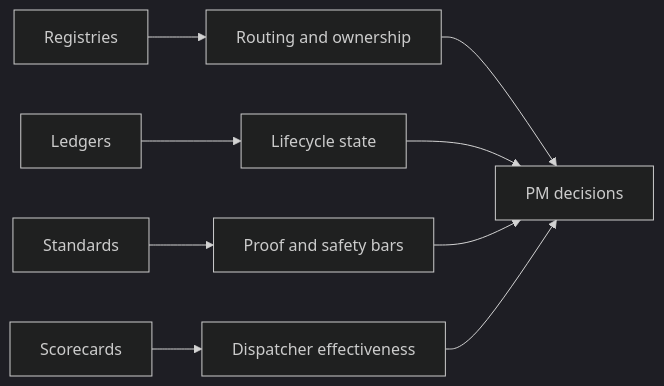
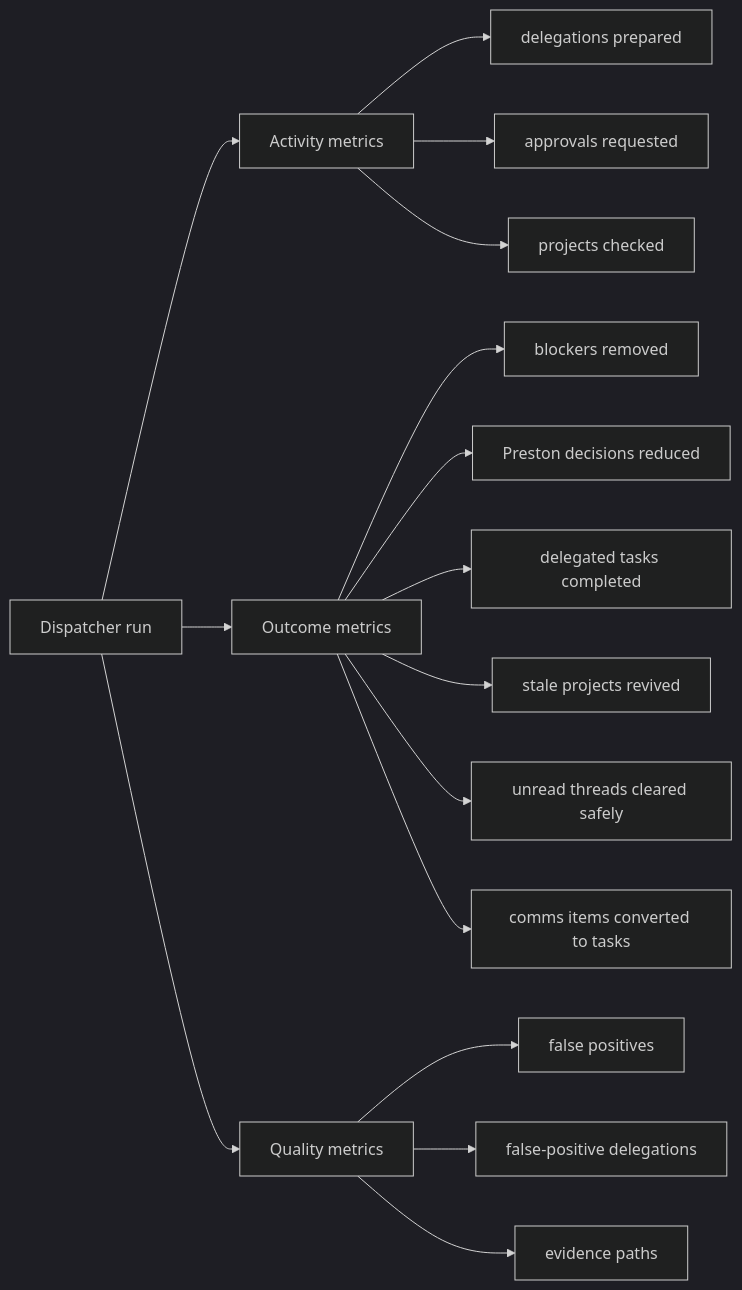
Before and after one commit to Splintered-Glass-Solutions/SGS_skills: the sixth of 7 diagrams in docs/pm-systems/architecture.md, drawn with Mermaid (dark theme). The commit also changed other lines of this file and 17 other files, not shown here.

Commit message:
docs: refresh PM system architecture

````diff
--- a/docs/pm-systems/architecture.md
+++ b/docs/pm-systems/architecture.md
@@ -44,12 +171,21 @@
 ```mermaid
 flowchart LR
-  Registries["Registries"] --> Routing["Routing and ownership"]
-  Ledgers["Ledgers"] --> State["Lifecycle state"]
-  Standards["Standards"] --> Quality["Proof and safety bars"]
-  Scorecards["Scorecards"] --> Outcomes["Dispatcher effectiveness"]
+  Run["Dispatcher run"] --> Activity["Activity metrics"]
+  Run --> Outcomes["Outcome metrics"]
+  Run --> Quality["Quality metrics"]
 
-  Routing --> PM["PM decisions"]
-  State --> PM
-  Quality --> PM
-  Outcomes --> PM
+  Activity --> Prepared["delegations prepared"]
+  Activity --> Approvals["approvals requested"]
+  Activity --> Checks["projects checked"]
+
+  Outcomes --> Removed["blockers removed"]
+  Outcomes --> Decisions["Preston decisions reduced"]
+  Outcomes --> Done["delegated tasks completed"]
+  Outcomes --> Revived["stale projects revived"]
+  Outcomes --> Unreads["unread threads cleared safely"]
+  Outcomes --> CommsTasks["comms items converted to tasks"]
+
+  Quality --> FalsePositives["false positives"]
+  Quality --> FalseDelegations["false-positive delegations"]
+  Quality --> Evidence["evidence paths"]
 ```
````
